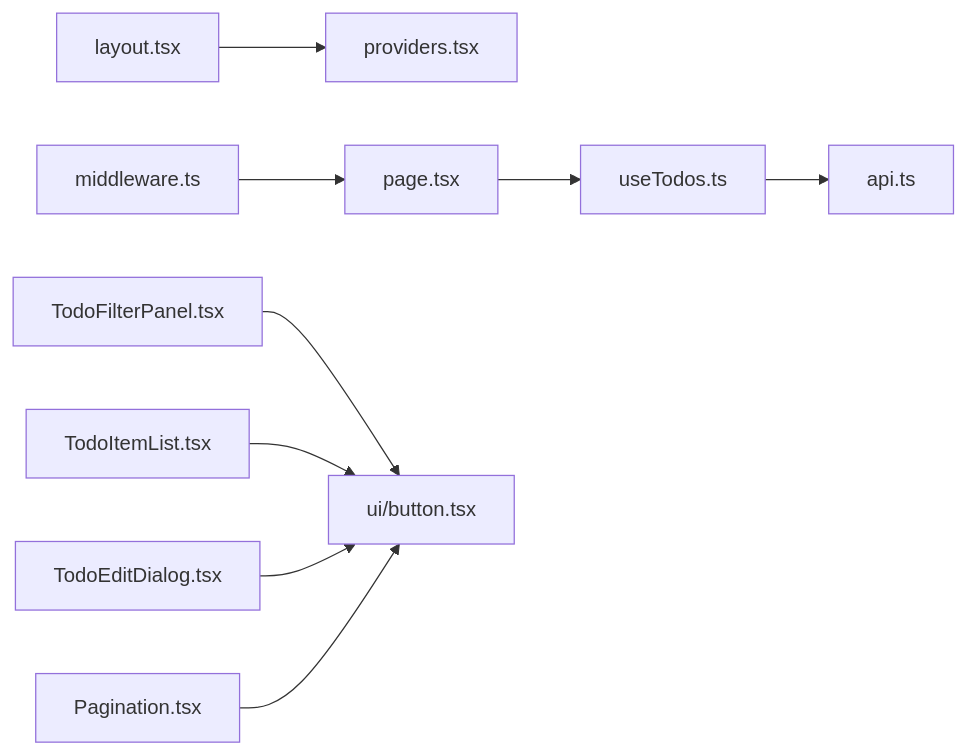
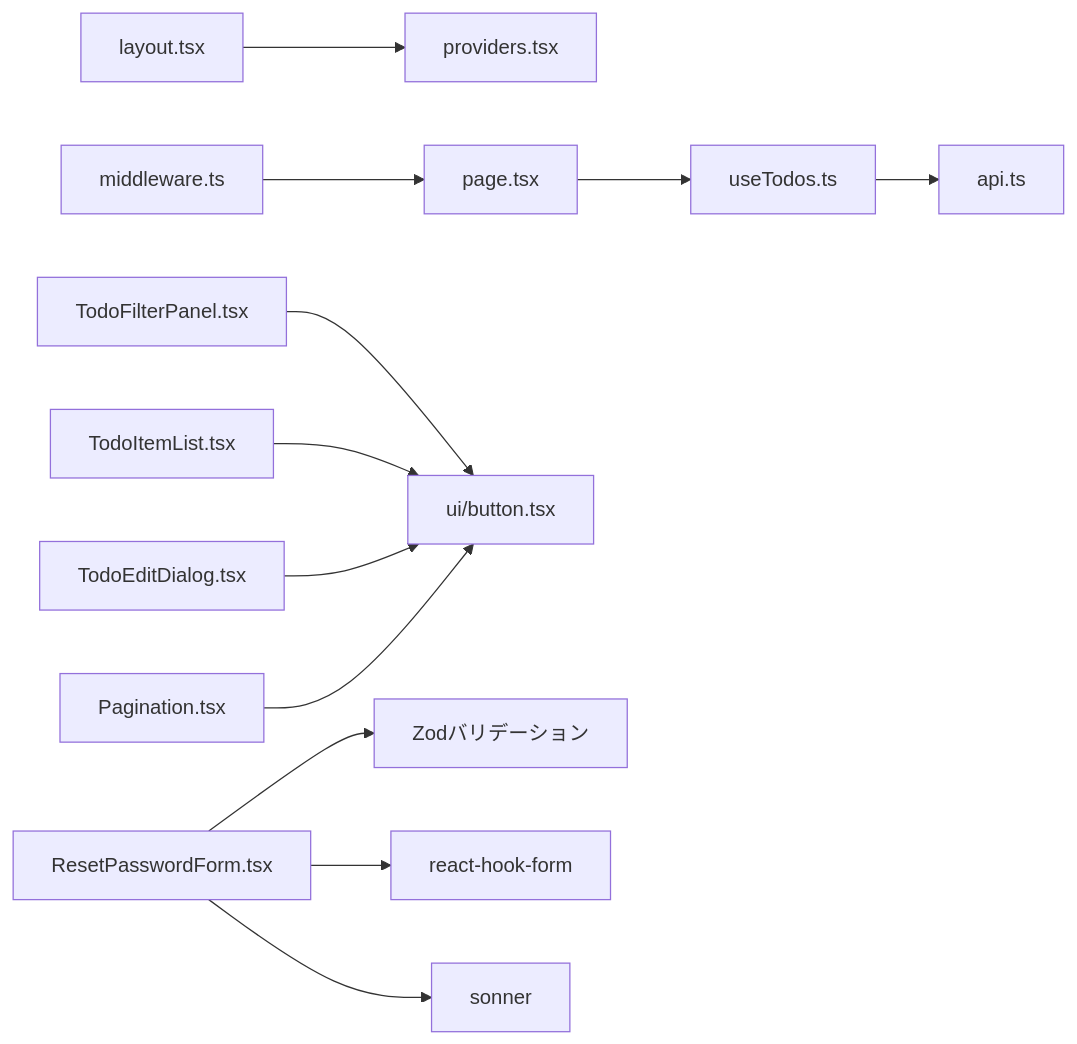
The ninth of 9 diagrams in .qoder/repowiki/ja/content/フロントエンドアーキテクチャ/フロントエンドアーキテクチャ.md (ss8806/Todos), drawn with Mermaid before and after one commit. The commit also changed other lines of this file and 35 other files, not shown here.

````diff
--- a/.qoder/repowiki/ja/content/フロントエンドアーキテクチャ/フロントエンドアーキテクチャ.md
+++ b/.qoder/repowiki/ja/content/フロントエンドアーキテクチャ/フロントエンドアーキテクチャ.md
@@ -359,11 +539,14 @@
 ```mermaid
 graph LR
 L["layout.tsx"] --> P["providers.tsx"]
 H["page.tsx"] --> HT["useTodos.ts"]
 HT --> API["api.ts"]
 C1["TodoFilterPanel.tsx"] --> UI["ui/button.tsx"]
 C2["TodoItemList.tsx"] --> UI
 C3["TodoEditDialog.tsx"] --> UI
 C4["Pagination.tsx"] --> UI
+RP["ResetPasswordForm.tsx"] --> ZOD["Zodバリデーション"]
+RP --> FORM["react-hook-form"]
+RP --> TOASTER["sonner"]
 M["middleware.ts"] --> H
 ```
````
